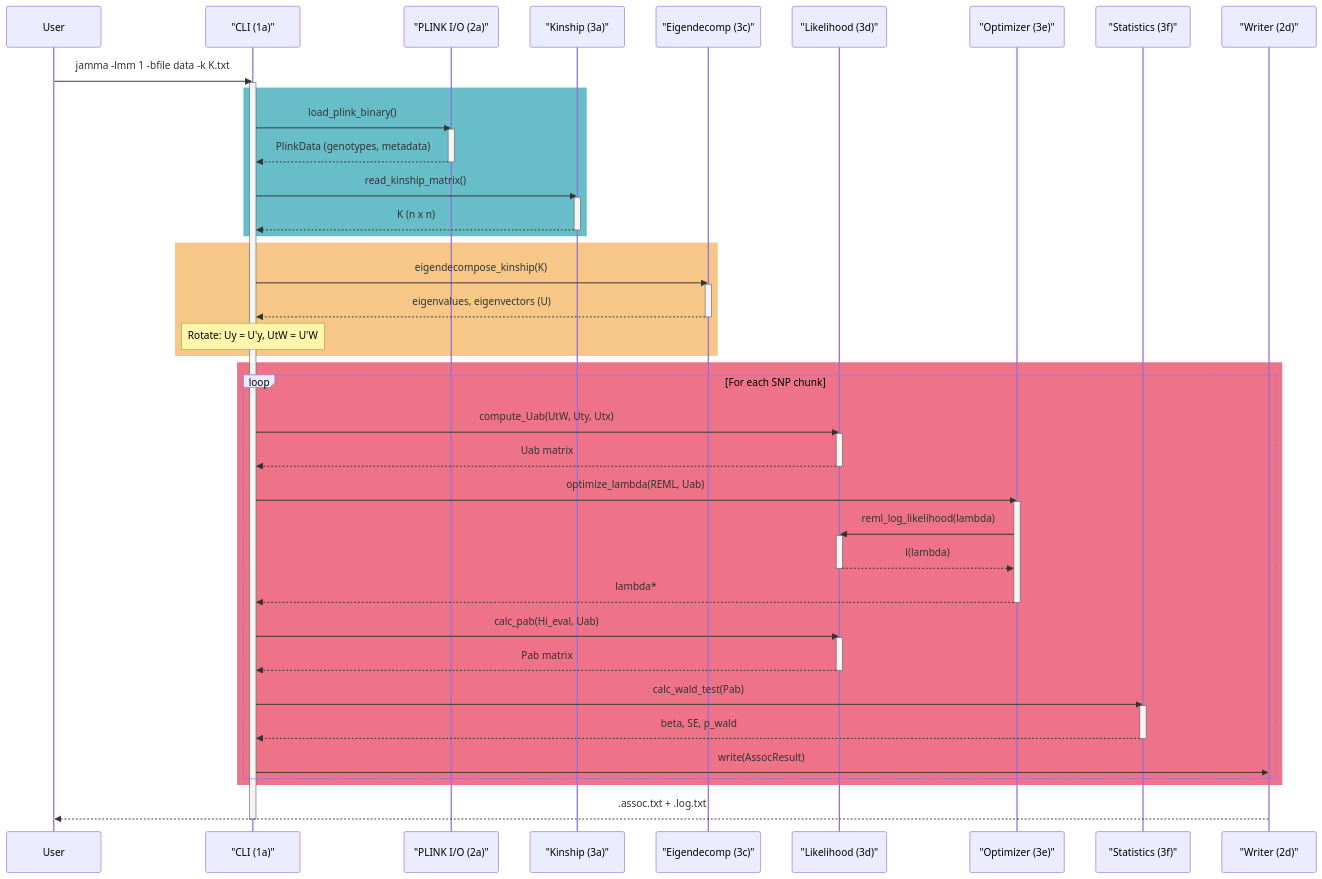
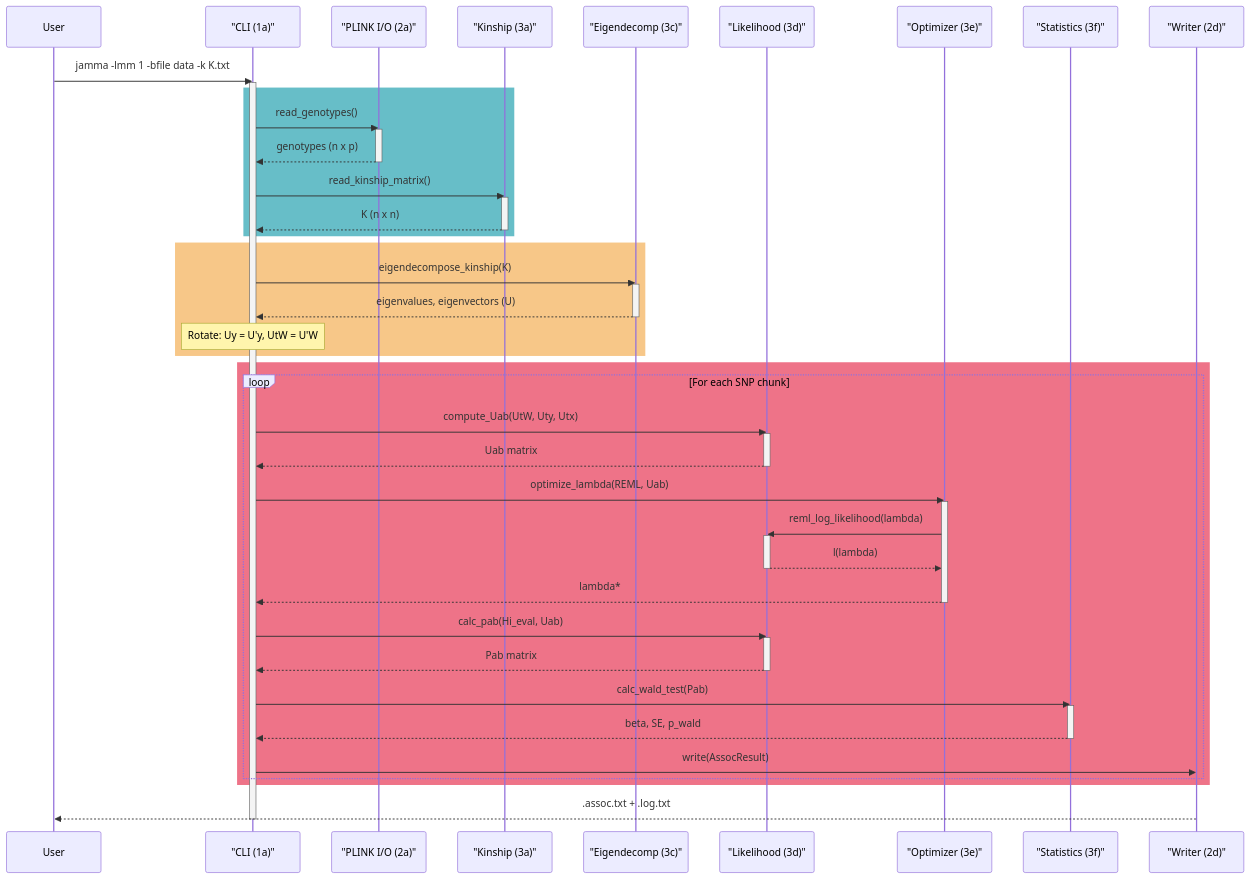
The second of 5 diagrams in docs/CODEMAP.md (michael-denyer/jamma), drawn with Mermaid before and after one commit. The commit also changed other lines of this file and 20 other files, not shown here.

First line of the commit message:
refactor(io): scope parallel-text temp dirs and read genotypes without PlinkData (#433)

````diff
--- a/docs/CODEMAP.md
+++ b/docs/CODEMAP.md
@@ -358,63 +359,63 @@
 ```mermaid
 sequenceDiagram
     participant U as User
     participant CLI as "CLI (1a)"
     participant IO as "PLINK I/O (2a)"
     participant K as "Kinship (3a)"
     participant E as "Eigendecomp (3c)"
     participant L as "Likelihood (3d)"
     participant O as "Optimizer (3e)"
     participant S as "Statistics (3f)"
     participant W as "Writer (2d)"
 
     U->>CLI: jamma -lmm 1 -bfile data -k K.txt
     activate CLI
 
     rect rgba(53, 168, 182, 0.75)
-        CLI->>IO: load_plink_binary()
+        CLI->>IO: read_genotypes()
         activate IO
-        IO-->>CLI: PlinkData (genotypes, metadata)
+        IO-->>CLI: genotypes (n x p)
         deactivate IO
         CLI->>K: read_kinship_matrix()
         activate K
         K-->>CLI: K (n x n)
         deactivate K
     end
 
     rect rgba(245, 180, 97, 0.75)
         CLI->>E: eigendecompose_kinship(K)
         activate E
         E-->>CLI: eigenvalues, eigenvectors (U)
         deactivate E
         Note over CLI: Rotate: Uy = U'y, UtW = U'W
     end
 
     rect rgba(233, 69, 96, 0.75)
         loop For each SNP chunk
             CLI->>L: compute_Uab(UtW, Uty, Utx)
             activate L
             L-->>CLI: Uab matrix
             deactivate L
             CLI->>O: optimize_lambda(REML, Uab)
             activate O
             O->>L: reml_log_likelihood(lambda)
             activate L
             L-->>O: l(lambda)
             deactivate L
             O-->>CLI: lambda*
             deactivate O
             CLI->>L: calc_pab(Hi_eval, Uab)
             activate L
             L-->>CLI: Pab matrix
             deactivate L
             CLI->>S: calc_wald_test(Pab)
             activate S
             S-->>CLI: beta, SE, p_wald
             deactivate S
             CLI->>W: write(AssocResult)
         end
     end
 
     W-->>U: .assoc.txt + .log.txt
     deactivate CLI
 ```
````
